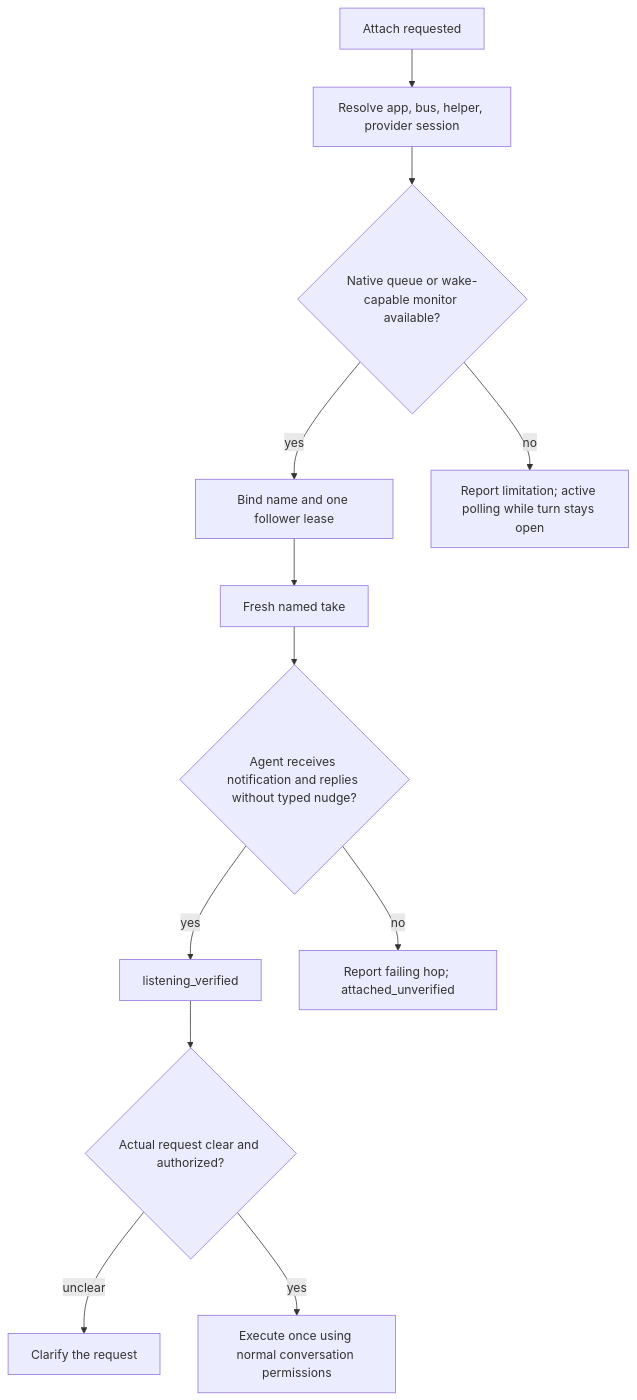
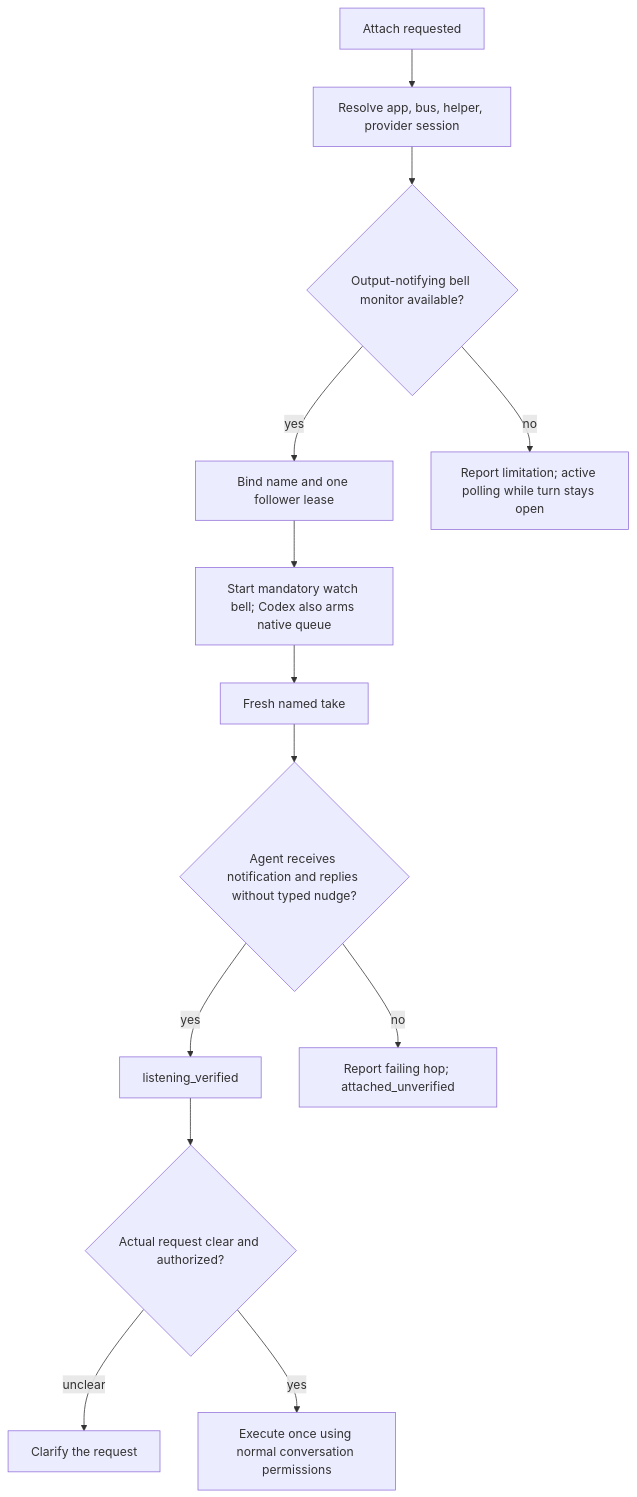
The diagram in skills/codescribe/FLOW.md (vetcoders/codescribe), drawn with Mermaid before and after one commit. The commit also changed 6 other files, not shown here.

Commit message:
[codex/vc-manual] Default watch to bell and require active notifications in skill

````diff
--- a/skills/codescribe/FLOW.md
+++ b/skills/codescribe/FLOW.md
@@ -5,14 +5,15 @@
 ```mermaid
 flowchart TD
     A[Attach requested] --> B[Resolve app, bus, helper, provider session]
-    B --> C{Native queue or wake-capable monitor available?}
+    B --> C{Output-notifying bell monitor available?}
     C -->|yes| D[Bind name and one follower lease]
     C -->|no| E[Report limitation; active polling while turn stays open]
-    D --> F[Fresh named take]
+    D --> M[Start mandatory watch bell; Codex also arms native queue]
+    M --> F[Fresh named take]
     F --> G{Agent receives notification and replies without typed nudge?}
     G -->|yes| H[listening_verified]
     G -->|no| I[Report failing hop; attached_unverified]
     H --> J{Actual request clear and authorized?}
     J -->|unclear| K[Clarify the request]
     J -->|yes| L[Execute once using normal conversation permissions]
 ```
````
